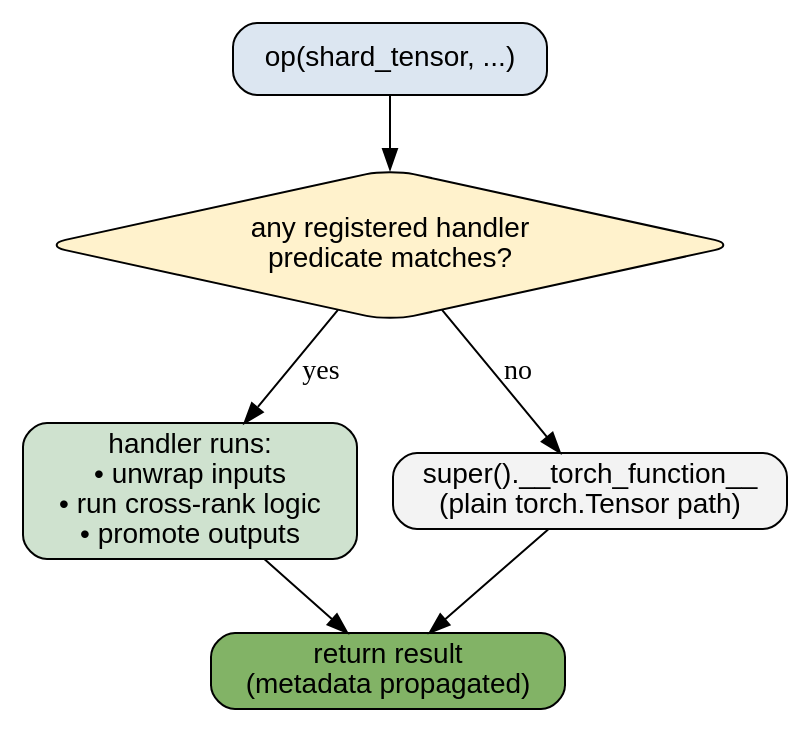
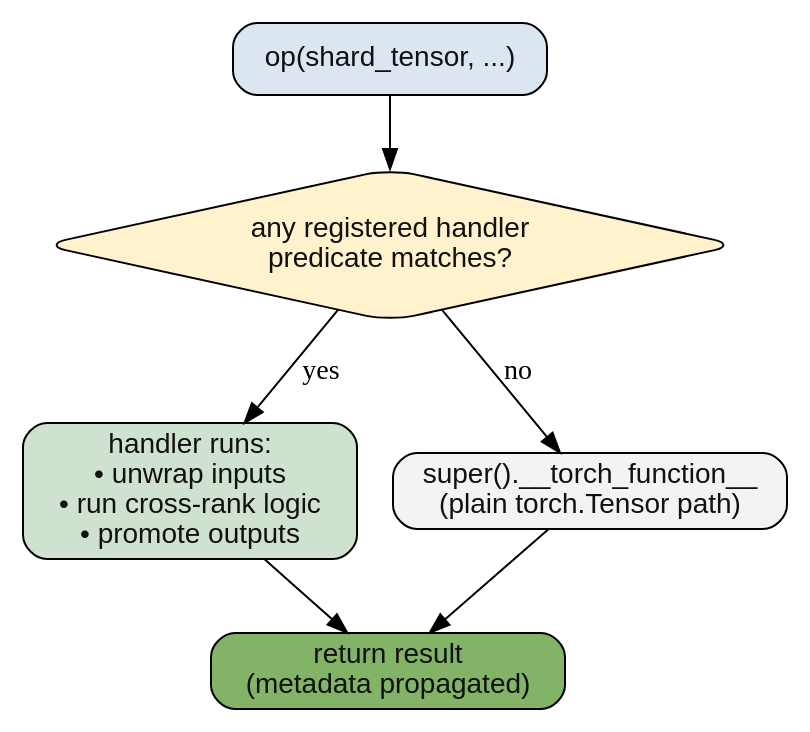
The fifth of 15 diagrams in docs/userguide/distributed_design.md (NVIDIA/nvalchemi-toolkit), drawn with Graphviz before and after one commit. The commit also changed 7 other files, not shown here.

````diff
--- a/docs/userguide/distributed_design.md
+++ b/docs/userguide/distributed_design.md
@@ -383,23 +383,23 @@
 ```{graphviz}
 :caption: Dispatch flowchart for a single torch op. Predicates inspect the inputs' shapes + spec; the matching handler runs cross-rank logic and re-promotes outputs.
 :align: center
 
 digraph dispatch {
     rankdir=TB; node [shape=box style="rounded,filled" fontname="Helvetica"];
 
-    Op [label="op(shard_tensor, ...)" fillcolor="#dce6f1"];
+    Op [label="op(shard_tensor, ...)" fillcolor="#dce6f1" fontcolor="#111111"];
     Pred [label="any registered handler\npredicate matches?"
-          fillcolor="#fff2cc" shape=diamond];
+          fillcolor="#fff2cc" fontcolor="#111111" shape=diamond];
     Handler [label="handler runs:\n• unwrap inputs\n• run cross-rank logic\n• promote outputs"
-             fillcolor="#cfe2cf"];
+             fillcolor="#cfe2cf" fontcolor="#111111"];
     Fallback [label="super().__torch_function__\n(plain torch.Tensor path)"
-              fillcolor="#f3f3f3"];
-    Done [label="return result\n(metadata propagated)" fillcolor="#82b366"];
+              fillcolor="#f3f3f3" fontcolor="#111111"];
+    Done [label="return result\n(metadata propagated)" fillcolor="#82b366" fontcolor="#111111"];
 
     Op -> Pred;
     Pred -> Handler [label="yes"];
     Pred -> Fallback [label="no"];
     Handler -> Done;
     Fallback -> Done;
 }
 ```
````
